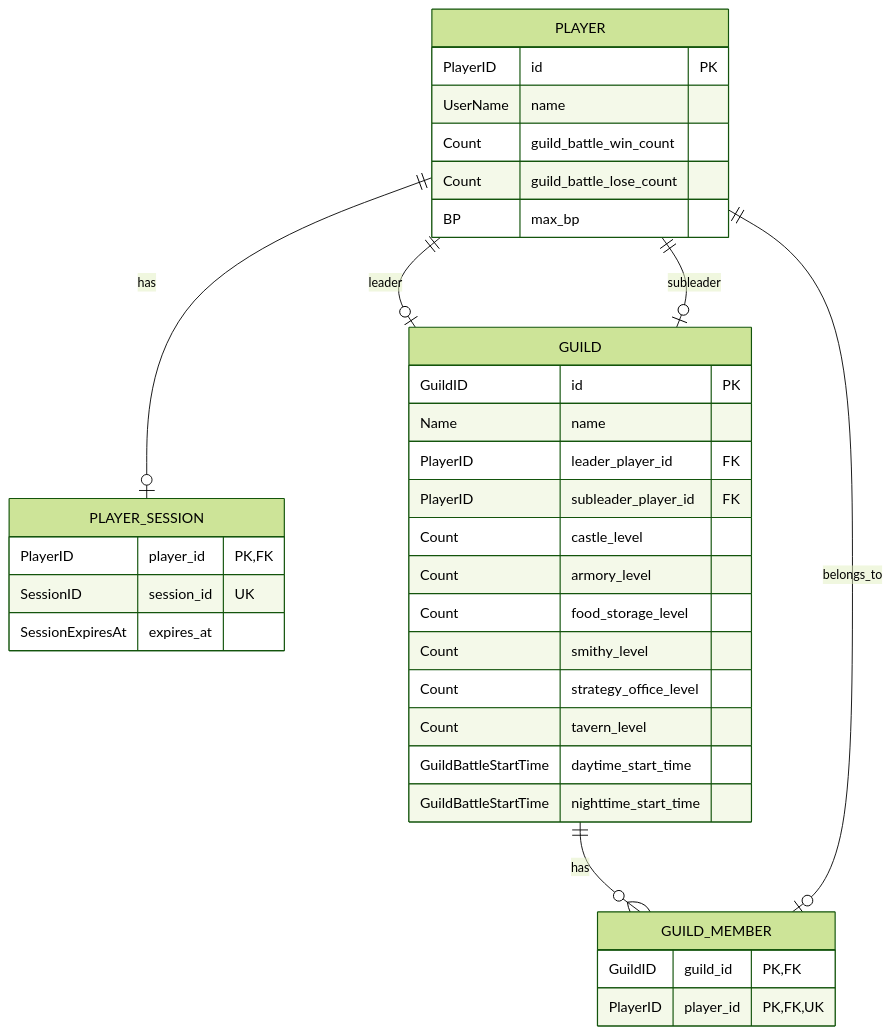
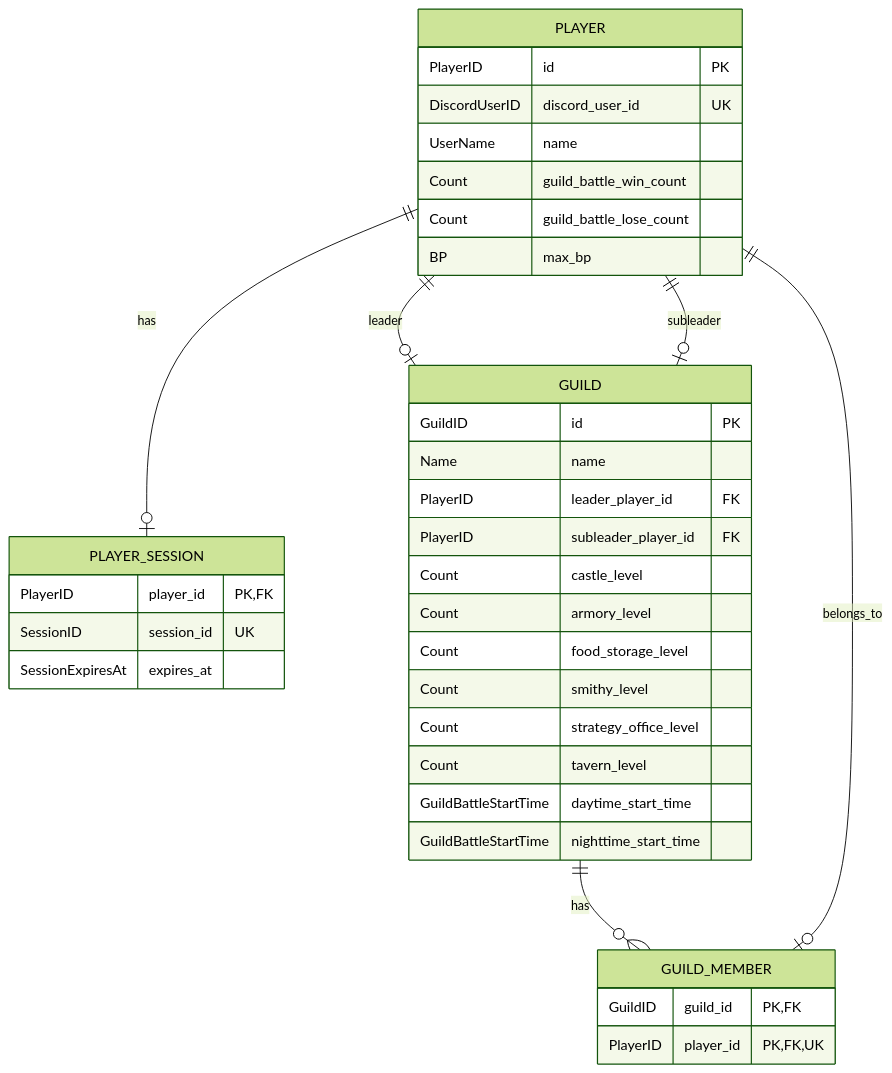
Before and after one commit to ReHydrangeaOdyssey/Specifications: the first of 8 diagrams in design/data_base.md, drawn with Mermaid (forest theme). The commit also changed other lines of this file and 15 other files, not shown here.

````diff
--- a/design/data_base.md
+++ b/design/data_base.md
@@ -11,43 +11,44 @@
 ```mermaid
 erDiagram
     PLAYER {
         PlayerID id PK
+        DiscordUserID discord_user_id UK
         UserName name
         Count guild_battle_win_count
         Count guild_battle_lose_count
         BP max_bp
     }
 
     PLAYER_SESSION {
         PlayerID player_id PK, FK
         SessionID session_id UK
         SessionExpiresAt expires_at
     }
 
     GUILD {
         GuildID id PK
         Name name
         PlayerID leader_player_id FK
         PlayerID subleader_player_id FK
         Count castle_level
         Count armory_level
         Count food_storage_level
         Count smithy_level
         Count strategy_office_level
         Count tavern_level
         GuildBattleStartTime daytime_start_time
         GuildBattleStartTime nighttime_start_time
     }
 
     GUILD_MEMBER {
         GuildID guild_id PK, FK
         PlayerID player_id PK, FK, UK
     }
 
     GUILD ||--o{ GUILD_MEMBER : has
     PLAYER ||--o| GUILD_MEMBER : belongs_to
     PLAYER ||--o| PLAYER_SESSION : has
 
     PLAYER ||--o| GUILD : leader
     PLAYER ||--o| GUILD : subleader
 ```
````
